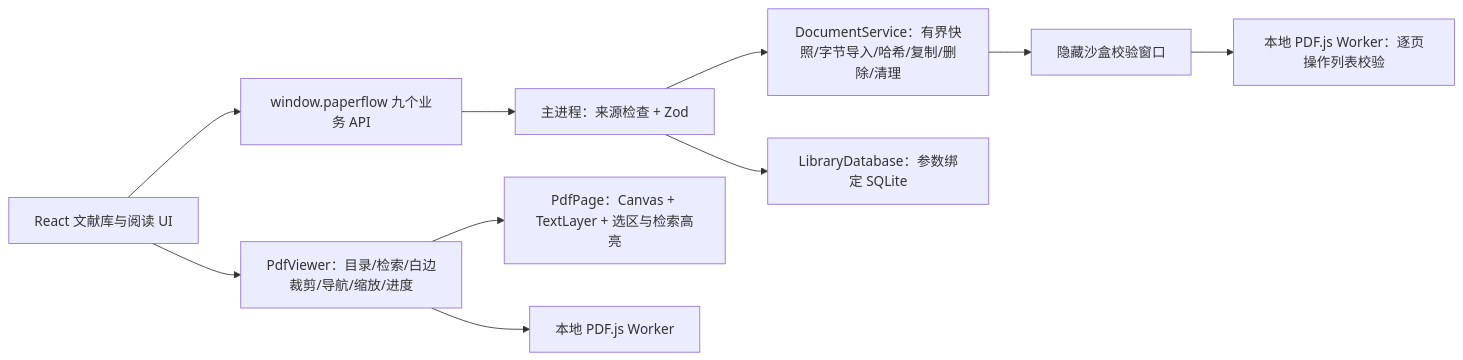
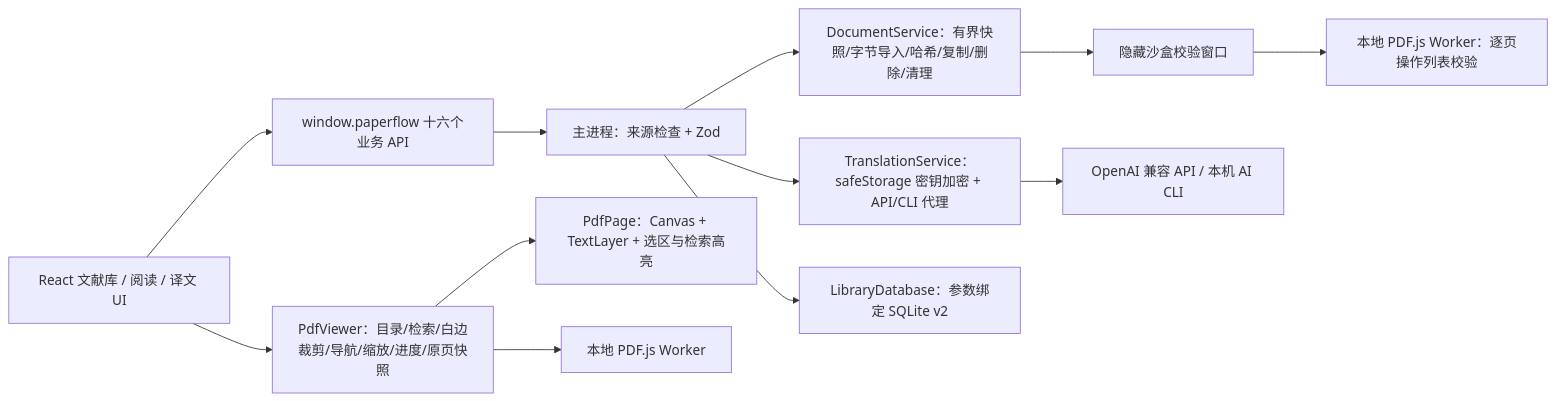
Before and after one commit to daizime/PaperFlow: the diagram in docs/architecture.md, drawn with Mermaid. The commit also changed other lines of this file and 100 other files, not shown here.

````diff
--- a/docs/architecture.md
+++ b/docs/architecture.md
@@ -9,12 +9,14 @@
 ```mermaid
 flowchart LR
-  UI[React 文献库与阅读 UI] --> API[window.paperflow 九个业务 API]
+  UI[React 文献库 / 阅读 / 译文 UI] --> API[window.paperflow 十六个业务 API]
   API --> IPC[主进程：来源检查 + Zod]
   IPC --> DOC[DocumentService：有界快照/字节导入/哈希/复制/删除/清理]
-  IPC --> DB[LibraryDatabase：参数绑定 SQLite]
+  IPC --> TRN[TranslationService：safeStorage 密钥加密 + API/CLI 代理]
+  IPC --> DB[LibraryDatabase：参数绑定 SQLite v2]
   DOC --> VALID[隐藏沙盒校验窗口]
   VALID --> VW[本地 PDF.js Worker：逐页操作列表校验]
-  UI --> READER[PdfViewer：目录/检索/白边裁剪/导航/缩放/进度]
+  TRN --> EXT[OpenAI 兼容 API / 本机 AI CLI]
+  UI --> READER[PdfViewer：目录/检索/白边裁剪/导航/缩放/进度/原页快照]
   READER --> PAGE[PdfPage：Canvas + TextLayer + 选区与检索高亮]
   READER --> RW[本地 PDF.js Worker]
 ```
````
